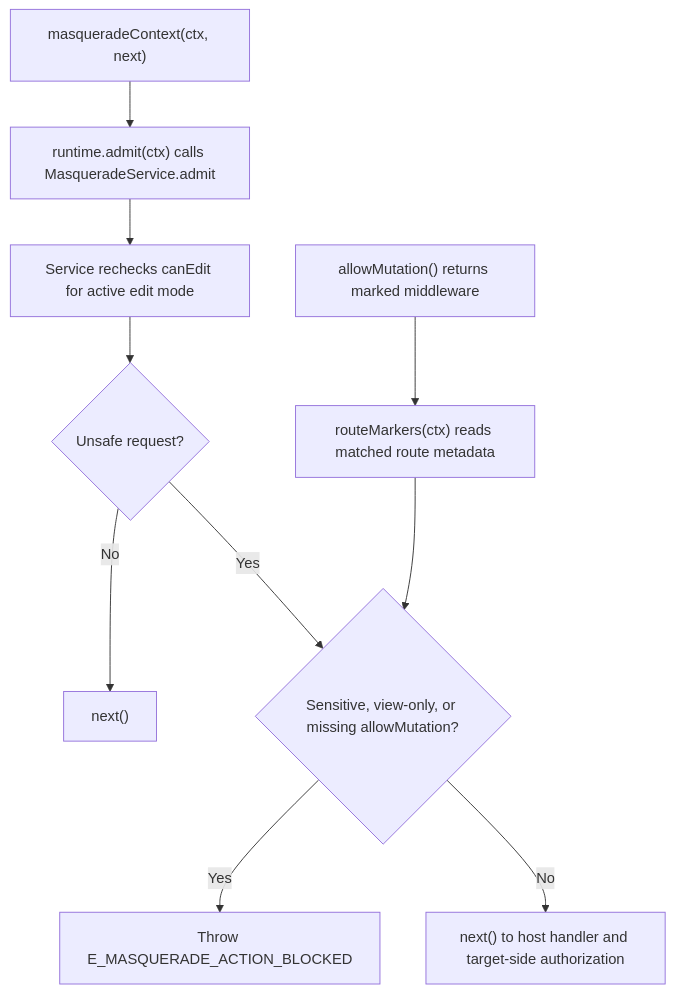
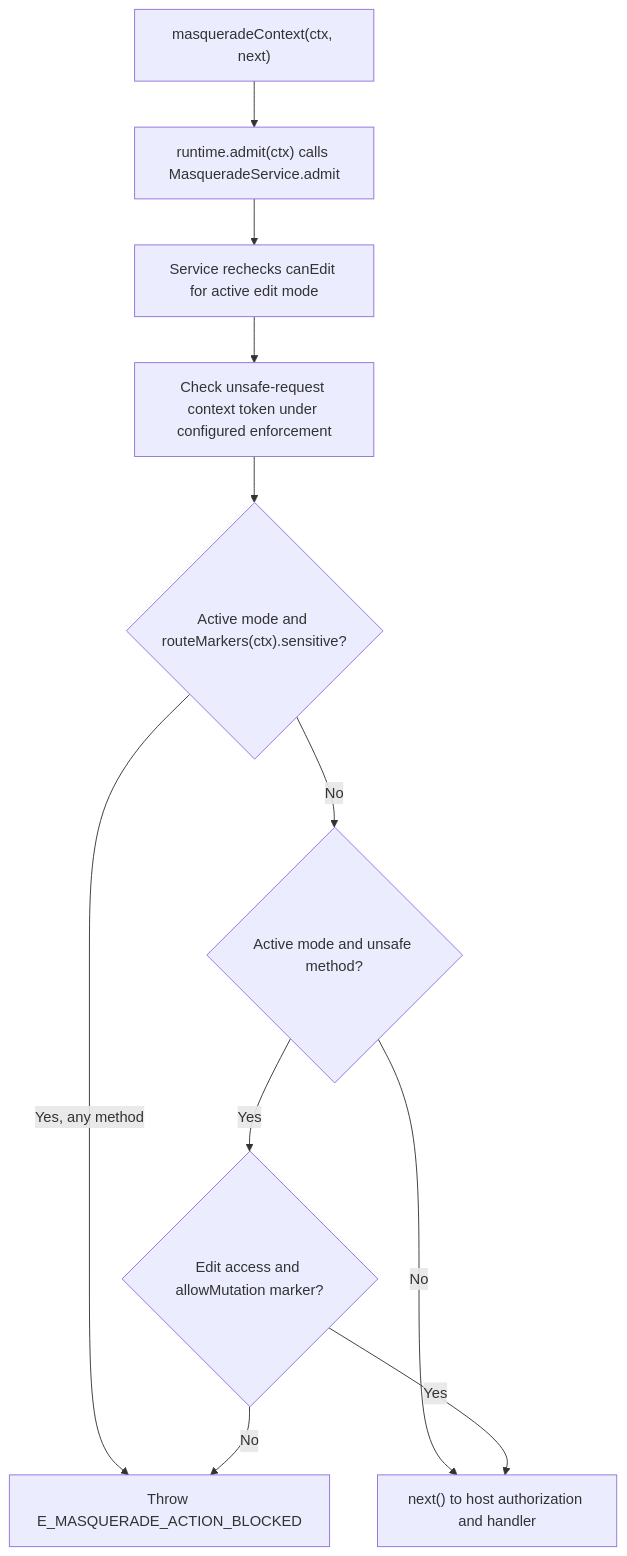
One commit to Kevinjohn/oss-adonisjs-masquerade changed the second of 2 diagrams in user-stories/edit-effective-account/us-actor-03-edit-effective-account.md. Above: the diagram before and after it, drawn with Mermaid. The commit also changed other lines of this file and 5 other files, not shown here.

Commit message:
Correct request admission and operator mode flow boundaries

````diff
--- a/user-stories/edit-effective-account/us-actor-03-edit-effective-account.md
+++ b/user-stories/edit-effective-account/us-actor-03-edit-effective-account.md
@@ -37,12 +37,13 @@
 ```mermaid
 flowchart TD
-    A["allowMutation() returns marked middleware"] --> B["routeMarkers(ctx) reads matched route metadata"]
-    C["masqueradeContext(ctx, next)"] --> D["runtime.admit(ctx) calls MasqueradeService.admit"]
-    D --> E["Service rechecks canEdit for active edit mode"]
-    E --> F{"Unsafe request?"}
-    F -->|No| G["next()"]
-    F -->|Yes| H{"Sensitive, view-only, or missing allowMutation?"}
-    B --> H
-    H -->|Yes| I["Throw E_MASQUERADE_ACTION_BLOCKED"]
-    H -->|No| J["next() to host handler and target-side authorization"]
+    A["masqueradeContext(ctx, next)"] --> B["runtime.admit(ctx) calls MasqueradeService.admit"]
+    B --> C["Service rechecks canEdit for active edit mode"]
+    C --> D["Check unsafe-request context token under configured enforcement"]
+    D --> E{"Active mode and routeMarkers(ctx).sensitive?"}
+    E -->|Yes, any method| F["Throw E_MASQUERADE_ACTION_BLOCKED"]
+    E -->|No| G{"Active mode and unsafe method?"}
+    G -->|No| H["next() to host authorization and handler"]
+    G -->|Yes| I{"Edit access and allowMutation marker?"}
+    I -->|No| F
+    I -->|Yes| H
 ```
````
